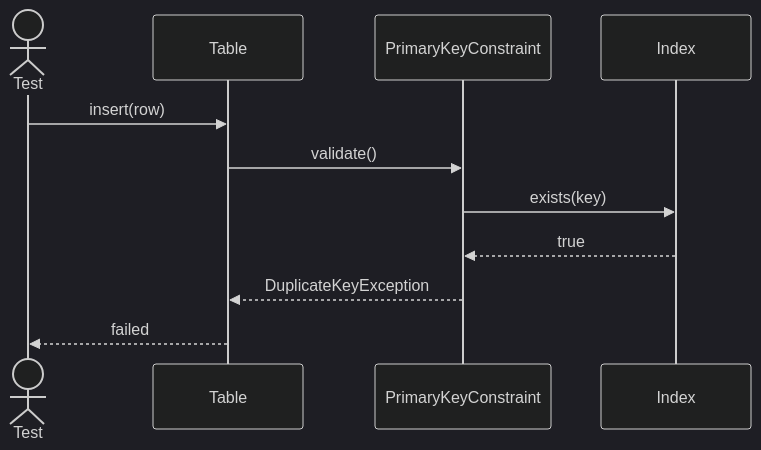
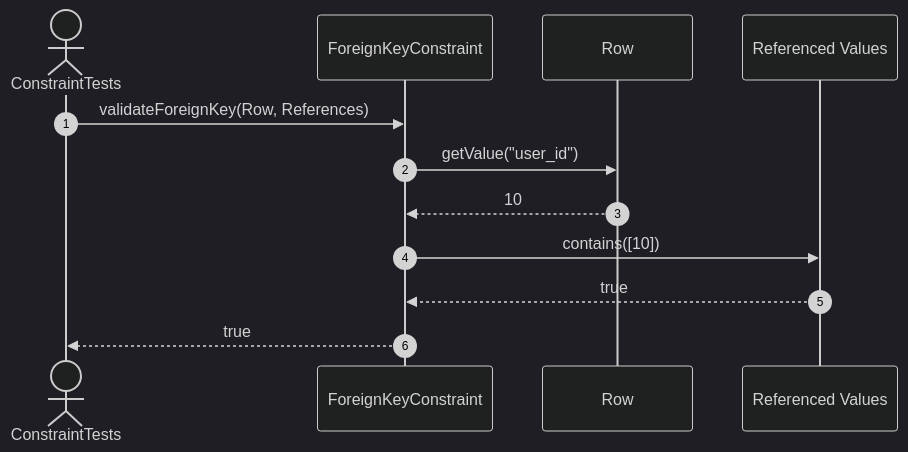
Before and after one commit to FhuAnn/-bbv-AN-s-DBMS: diagram 12 of 16 in src/tests/unit/metadata/sequences/constraint-testing.se.md, drawn with Mermaid (dark theme). The commit also changed other lines of this file and 60 other files, not shown here.

Commit message:
refactor data table, row, column, constraint, index test file

````diff
--- a/src/tests/unit/metadata/sequences/constraint-testing.se.md
+++ b/src/tests/unit/metadata/sequences/constraint-testing.se.md
@@ -223,19 +193,15 @@
 ```mermaid
 sequenceDiagram
-actor Test
-participant Table
-participant PrimaryKeyConstraint
-participant Index
+    autonumber
+    actor Test as ConstraintTests
+    participant FK as ForeignKeyConstraint
+    participant Row as Row
+    participant References as Referenced Values
 
-Test->>Table: insert(row)
-
-Table->>PrimaryKeyConstraint: validate()
-
-PrimaryKeyConstraint->>Index: exists(key)
-
-Index-->>PrimaryKeyConstraint: true
-
-PrimaryKeyConstraint-->>Table: DuplicateKeyException
-
-Table-->>Test: failed
+    Test->>FK: validateForeignKey(Row, References)
+    FK->>Row: getValue("user_id")
+    Row-->>FK: 10
+    FK->>References: contains([10])
+    References-->>FK: true
+    FK-->>Test: true
 ```
````
